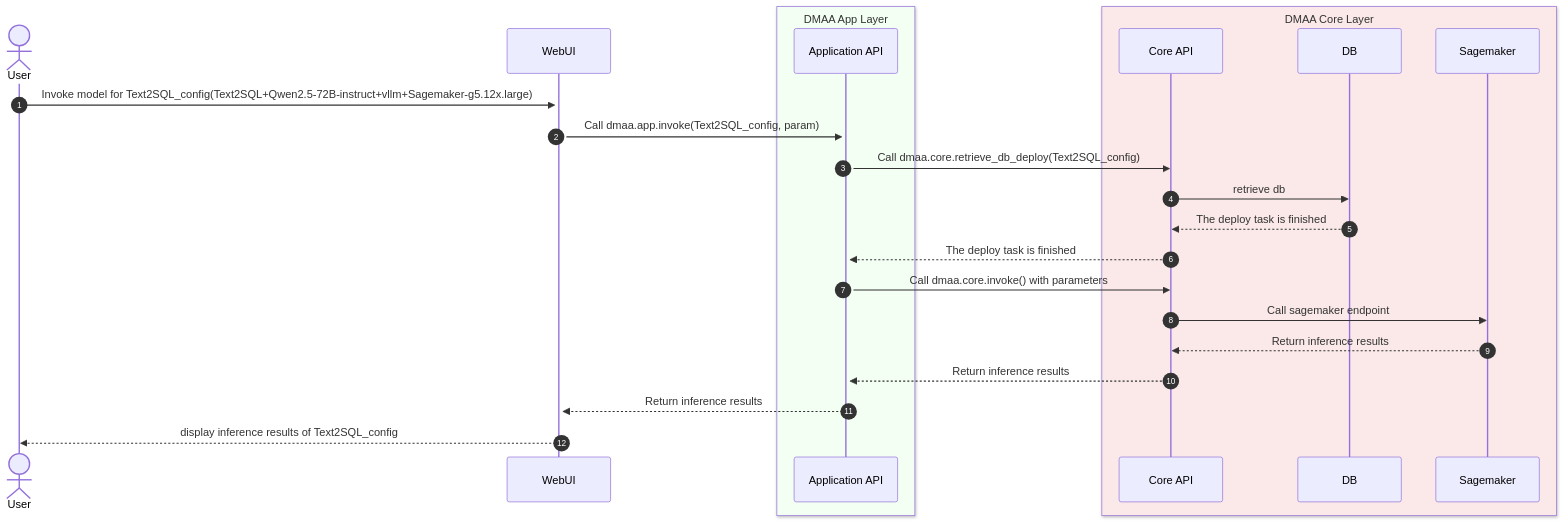
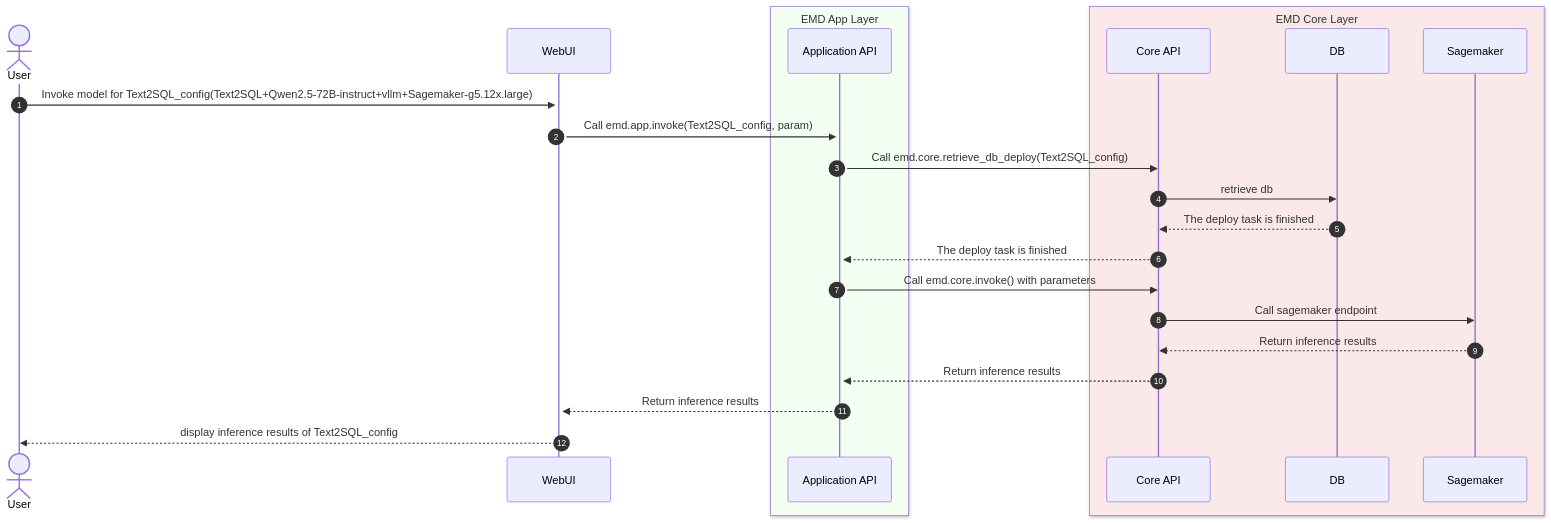
Before and after one commit to yanbasic/easy-model-deployer: the diagram in docs/time-sequence/model-invokement.md, drawn with Mermaid. The commit also changed 192 other files, not shown here.

````diff
--- a/docs/time-sequence/model-invokement.md
+++ b/docs/time-sequence/model-invokement.md
@@ -5,27 +5,27 @@
 ```mermaid
 sequenceDiagram
     autonumber
     actor User
     User->>+WebUI: Invoke model for Text2SQL_config(Text2SQL+Qwen2.5-72B-instruct+vllm+Sagemaker-g5.12x.large)
-        box rgb(243, 255, 242) DMAA App Layer
+        box rgb(243, 255, 242) EMD App Layer
         participant Application API
     end
 
-    box rgb(250, 233, 232) DMAA Core Layer
+    box rgb(250, 233, 232) EMD Core Layer
     participant Core API
     participant DB
     participant Sagemaker
     end
 
-    WebUI->>+Application API: Call dmaa.app.invoke(Text2SQL_config, param)
-    Application API->>Core API: Call dmaa.core.retrieve_db_deploy(Text2SQL_config)
+    WebUI->>+Application API: Call emd.app.invoke(Text2SQL_config, param)
+    Application API->>Core API: Call emd.core.retrieve_db_deploy(Text2SQL_config)
     Core API->>DB: retrieve db
     DB-->>Core API: The deploy task is finished
     Core API-->>Application API: The deploy task is finished
-    Application API->>Core API: Call dmaa.core.invoke() with parameters
+    Application API->>Core API: Call emd.core.invoke() with parameters
     Core API->>Sagemaker: Call sagemaker endpoint
     Sagemaker-->>Core API: Return inference results
     Core API-->>Application API: Return inference results
     Application API-->>WebUI: Return inference results
     WebUI-->>User: display inference results of Text2SQL_config
 ```
````
